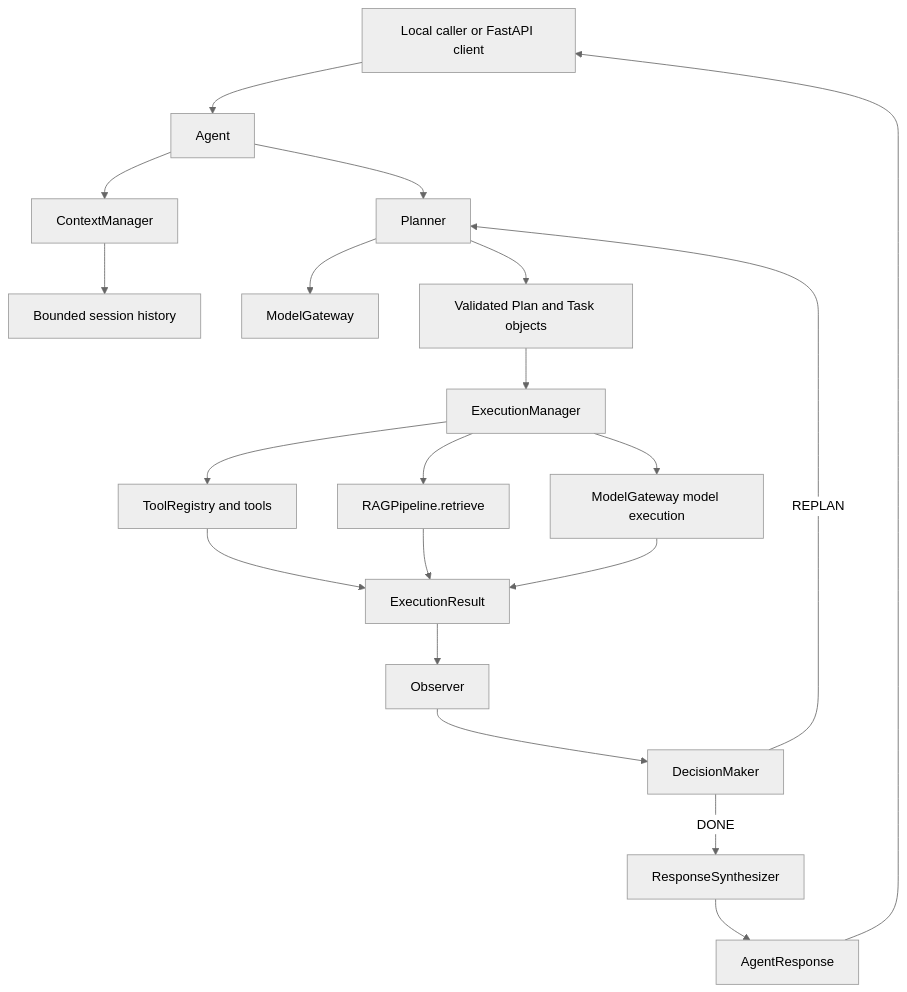
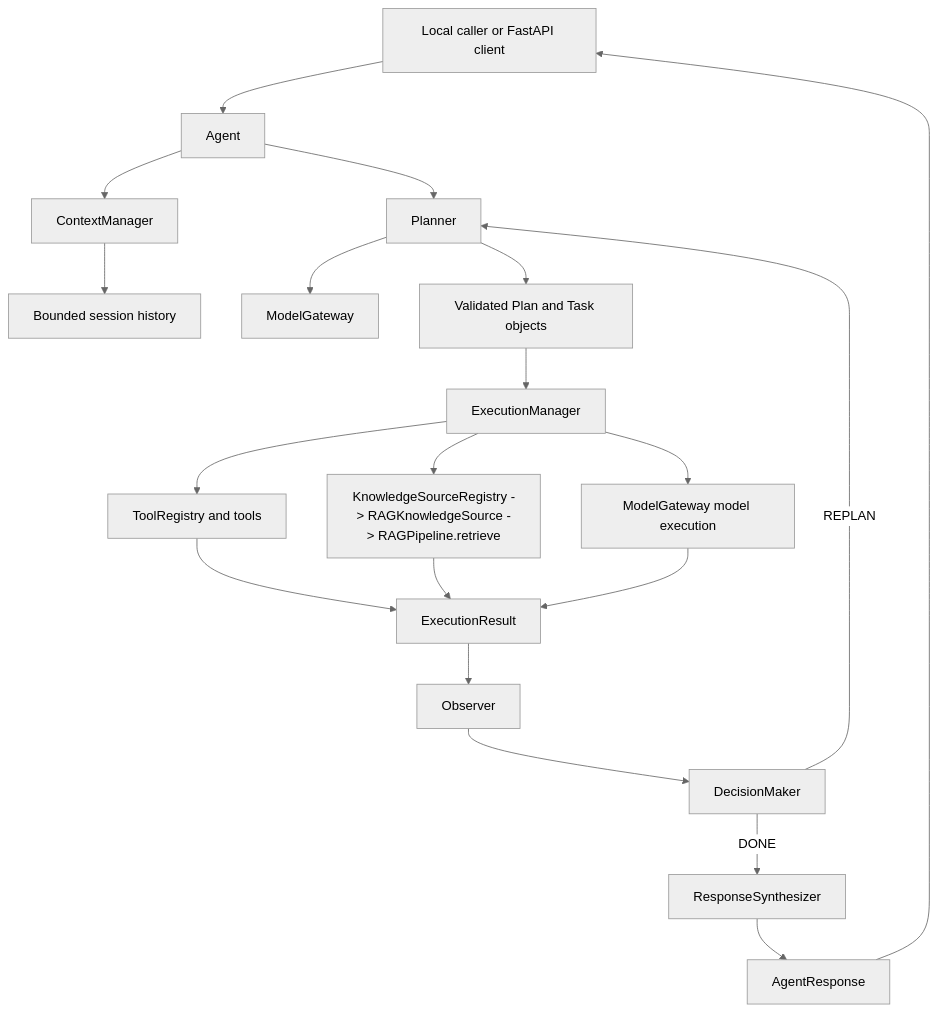
Before and after one commit to vexux/vexux-ai: the diagram in README.md, drawn with Mermaid (neutral theme). The commit also changed other lines of this file and 11 other files, not shown here.

Commit message:
Add knowledge source abstraction

````diff
--- a/README.md
+++ b/README.md
@@ -30,22 +30,22 @@
 ```mermaid
 flowchart TD
     Client[Local caller or FastAPI client] --> Agent[Agent]
     Agent --> Context[ContextManager]
     Context --> Session[Bounded session history]
     Agent --> Planner[Planner]
     Planner --> Gateway[ModelGateway]
     Planner --> Plan[Validated Plan and Task objects]
     Plan --> Executor[ExecutionManager]
     Executor --> Tools[ToolRegistry and tools]
-    Executor --> RAG[RAGPipeline.retrieve]
+    Executor --> RAG[KnowledgeSourceRegistry -> RAGKnowledgeSource -> RAGPipeline.retrieve]
     Executor --> Model[ModelGateway model execution]
     Tools --> Result[ExecutionResult]
     RAG --> Result
     Model --> Result
     Result --> Observer[Observer]
     Observer --> Decision[DecisionMaker]
     Decision -->|DONE| Synthesis[ResponseSynthesizer]
     Decision -->|REPLAN| Planner
     Synthesis --> Response[AgentResponse]
     Response --> Client
 ```
````
